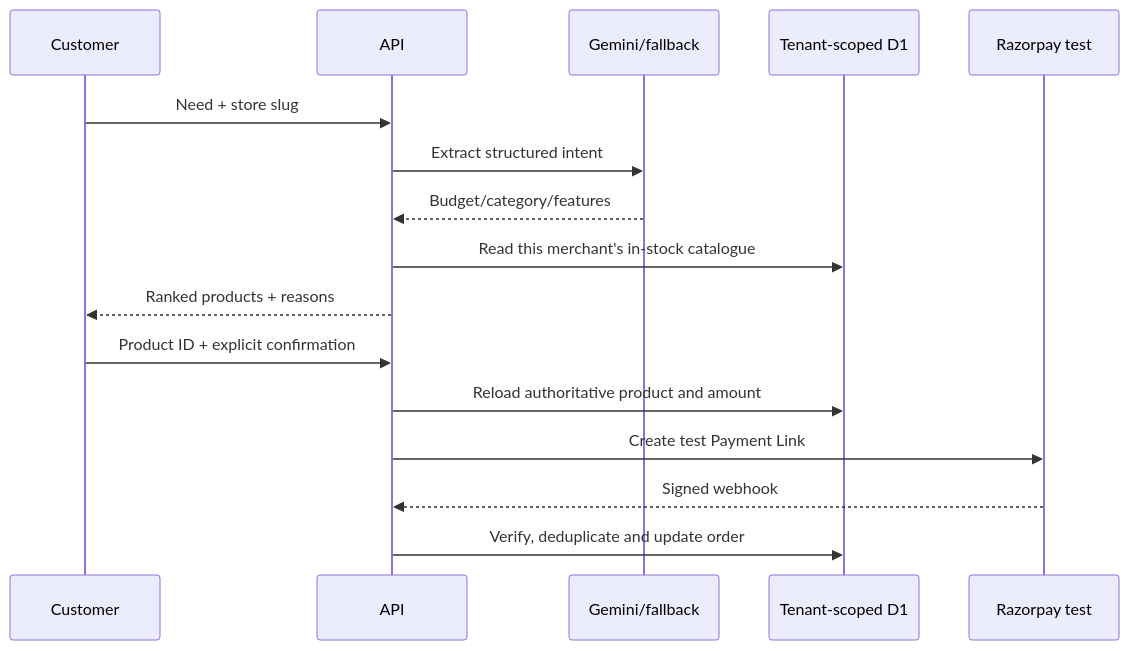
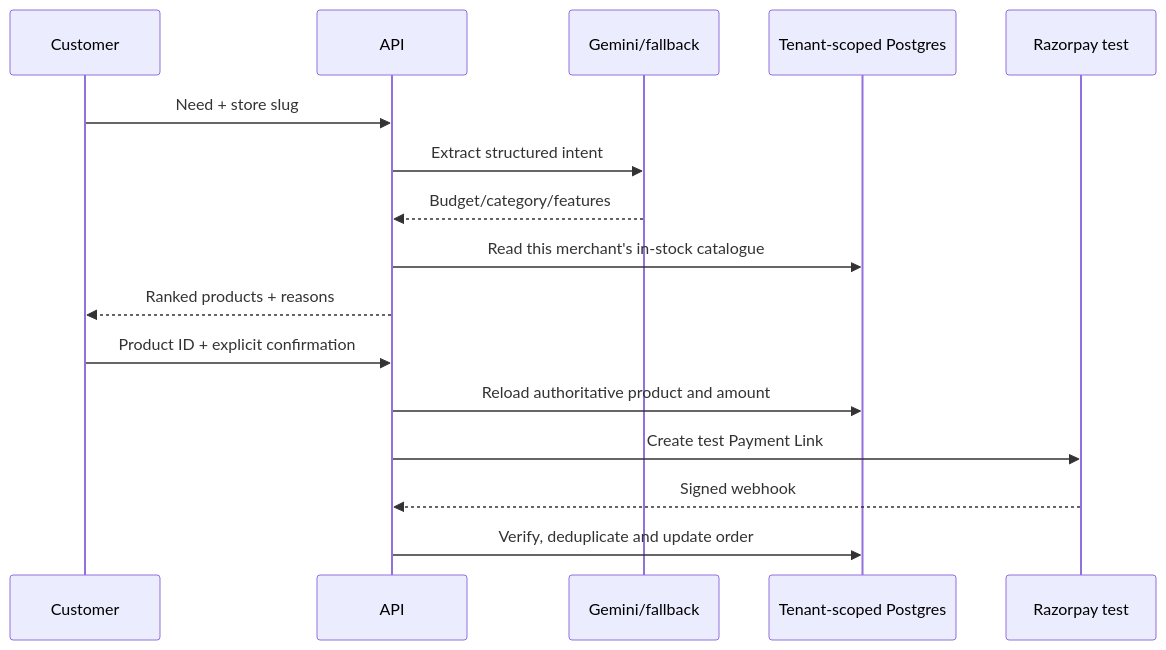
Before and after one commit to abdulHannan22/LocalShop-AI: the diagram in PROJECT_GUIDE.md, drawn with Mermaid. The commit also changed other lines of this file and 52 other files, not shown here.

````diff
--- a/PROJECT_GUIDE.md
+++ b/PROJECT_GUIDE.md
@@ -19,18 +19,18 @@
 ```mermaid
 sequenceDiagram
   participant Customer
   participant API
   participant AI as Gemini/fallback
-  participant DB as Tenant-scoped D1
+  participant DB as Tenant-scoped Postgres
   participant Pay as Razorpay test
   Customer->>API: Need + store slug
   API->>AI: Extract structured intent
   AI-->>API: Budget/category/features
   API->>DB: Read this merchant's in-stock catalogue
   API-->>Customer: Ranked products + reasons
   Customer->>API: Product ID + explicit confirmation
   API->>DB: Reload authoritative product and amount
   API->>Pay: Create test Payment Link
   Pay-->>API: Signed webhook
   API->>DB: Verify, deduplicate and update order
 ```
````
